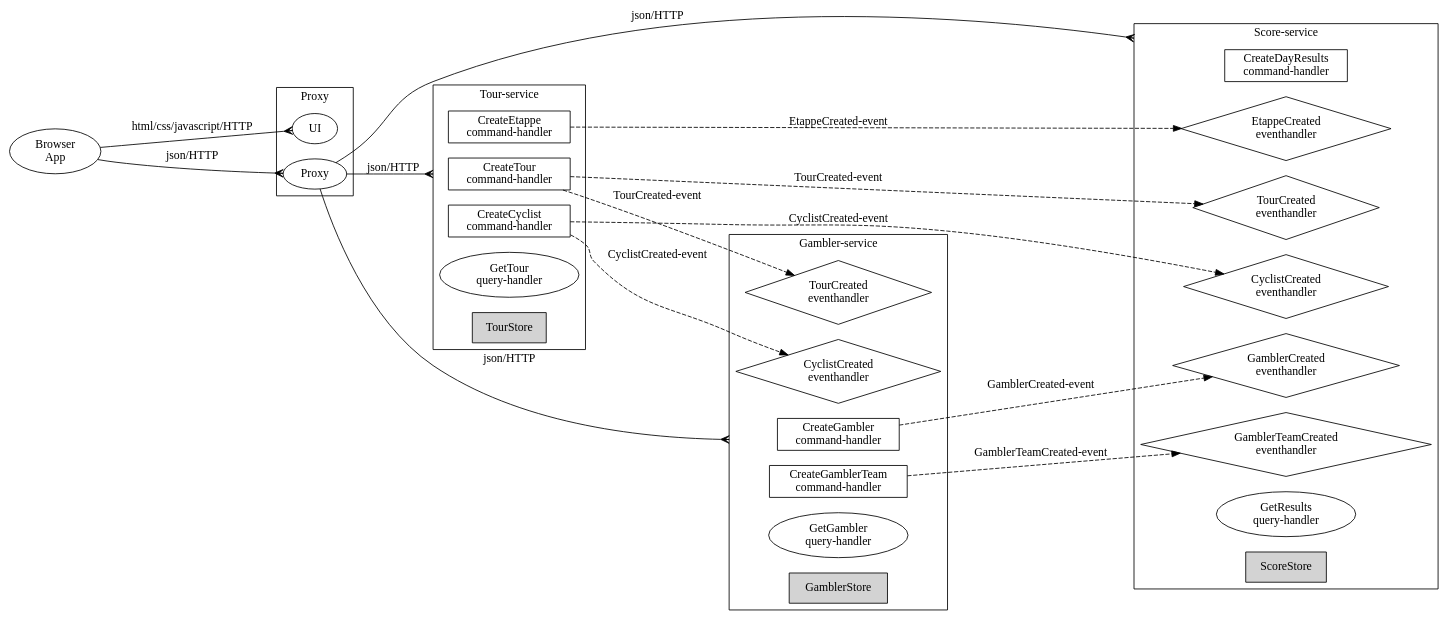
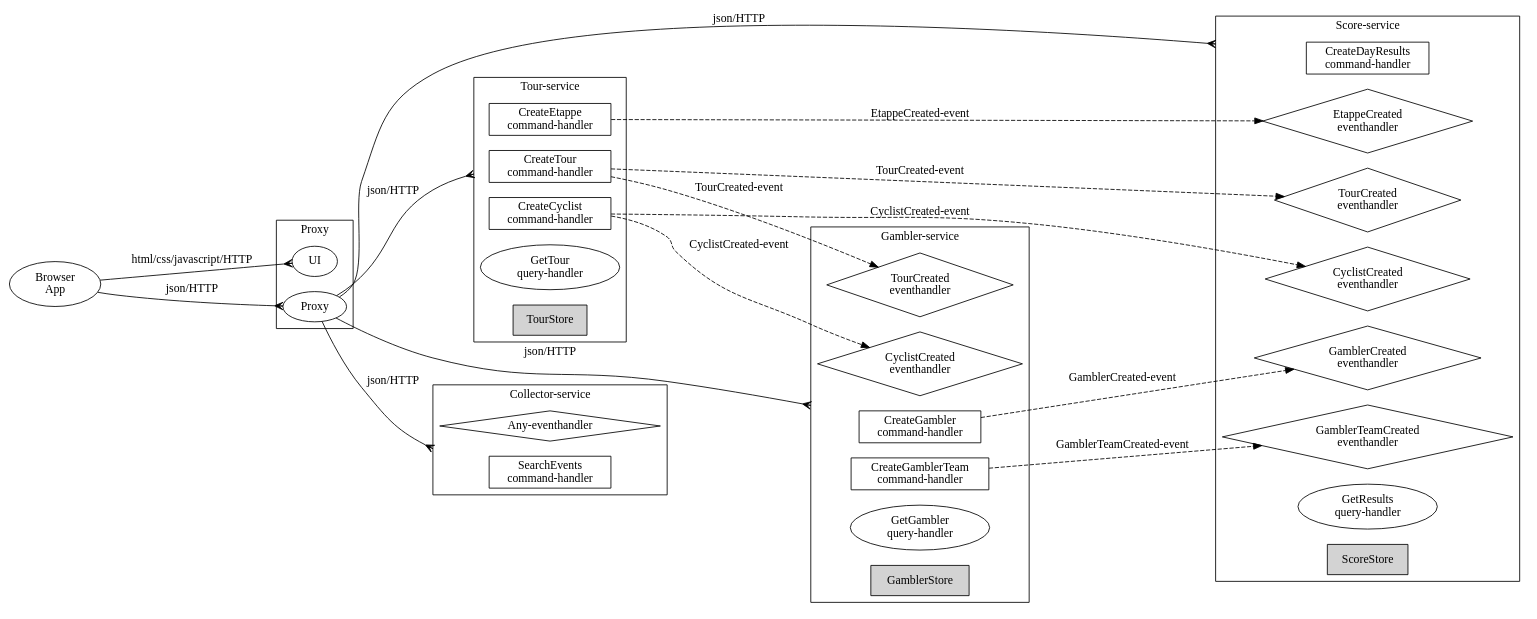
One commit to MarcGrol/microgen changed the diagram in tourApp/doc/graphviz.dot. Above: the diagram before and after it, drawn with Graphviz. The commit also changed 12 other files, not shown here.

```diff
--- a/tourApp/doc/graphviz.dot
+++ b/tourApp/doc/graphviz.dot
@@ -1,116 +1,127 @@
 // Generated automatically by microgen: do not edit manually
 
 digraph G {
     graph [compound=true, rankdir=LR];
 
 	subgraph clusterproxy {
         label="Proxy";
         "UI";
         "Proxy";
     }
 
 // services
 
 	subgraph clustertour {
 		
 		label="Tour-service";
 		// events
 		
-		// comamnds
+		// commands
 		
 			 
 				"TourCreateTour"  [label="CreateTour\ncommand-handler", shape=box];
 			
 		
 			 
 				"TourCreateCyclist"  [label="CreateCyclist\ncommand-handler", shape=box];
 			
 		
 			 
 				"TourCreateEtappe"  [label="CreateEtappe\ncommand-handler", shape=box];
 			
 		
 			
 			    "TourGetTour"  [label="GetTour\nquery-handler"];
 			
 		
 		"TourStore" [shape=box, style=filled];
 	}
 
 	subgraph clustergambler {
 		
 		label="Gambler-service";
 		// events
 		
+			"GamblerTourCreated" [label="TourCreated\neventhandler", shape=diamond];
+		
 			"GamblerCyclistCreated" [label="CyclistCreated\neventhandler", shape=diamond];
 		
-			"GamblerTourCreated" [label="TourCreated\neventhandler", shape=diamond];
-		
-		// comamnds
+		// commands
 		
 			 
 				"GamblerCreateGambler"  [label="CreateGambler\ncommand-handler", shape=box];
 			
 		
 			 
 				"GamblerCreateGamblerTeam"  [label="CreateGamblerTeam\ncommand-handler", shape=box];
 			
 		
 			
 			    "GamblerGetGambler"  [label="GetGambler\nquery-handler"];
 			
 		
 		"GamblerStore" [shape=box, style=filled];
 	}
 
 	subgraph clusterscore {
 		
 		label="Score-service";
 		// events
 		
-			"ScoreGamblerCreated" [label="GamblerCreated\neventhandler", shape=diamond];
-		
-			"ScoreGamblerTeamCreated" [label="GamblerTeamCreated\neventhandler", shape=diamond];
-		
 			"ScoreTourCreated" [label="TourCreated\neventhandler", shape=diamond];
 		
 			"ScoreEtappeCreated" [label="EtappeCreated\neventhandler", shape=diamond];
 		
 			"ScoreCyclistCreated" [label="CyclistCreated\neventhandler", shape=diamond];
 		
-		// comamnds
+			"ScoreGamblerCreated" [label="GamblerCreated\neventhandler", shape=diamond];
+		
+			"ScoreGamblerTeamCreated" [label="GamblerTeamCreated\neventhandler", shape=diamond];
+		
+		// commands
 		
 			 
 				"ScoreCreateDayResults"  [label="CreateDayResults\ncommand-handler", shape=box];
 			
 		
 			
 			    "ScoreGetResults"  [label="GetResults\nquery-handler"];
 			
 		
 		"ScoreStore" [shape=box, style=filled];
 	}
 
 
+	subgraph clustercollector {
+		
+		label="Collector-service";
+		
+		"Any" [label="Any-eventhandler", shape=diamond];
+		"CollectorSearchEvents"  [label="SearchEvents\ncommand-handler", shape=box];
+
+    }
+
 	// edges
 	"Browser\nApp" -> "UI" [label="html/css/javascript/HTTP",arrowhead=crow];
 	"Browser\nApp" -> "Proxy" [label="json/HTTP",arrowhead=crow];
 	
 
 	"Proxy" -> "TourCreateTour" [label="json/HTTP", lhead=clustertour, arrowhead=crow];
 
 	"Proxy" -> "GamblerCreateGambler" [label="json/HTTP", lhead=clustergambler, arrowhead=crow];
 
 	"Proxy" -> "ScoreCreateDayResults" [label="json/HTTP", lhead=clusterscore, arrowhead=crow];
+
+	"Proxy" -> "CollectorSearchEvents" [label="json/HTTP", lhead=clustercollector, arrowhead=crow];
 
 
 	"TourCreateTour" -> "GamblerTourCreated" [label="TourCreated-event", style=dashed];
 	"TourCreateTour" -> "ScoreTourCreated" [label="TourCreated-event", style=dashed];
 	"TourCreateCyclist" -> "GamblerCyclistCreated" [label="CyclistCreated-event", style=dashed];
 	"TourCreateCyclist" -> "ScoreCyclistCreated" [label="CyclistCreated-event", style=dashed];
 	"TourCreateEtappe" -> "ScoreEtappeCreated" [label="EtappeCreated-event", style=dashed];
 	"GamblerCreateGambler" -> "ScoreGamblerCreated" [label="GamblerCreated-event", style=dashed];
 	"GamblerCreateGamblerTeam" -> "ScoreGamblerTeamCreated" [label="GamblerTeamCreated-event", style=dashed];
 
 
 }
```
